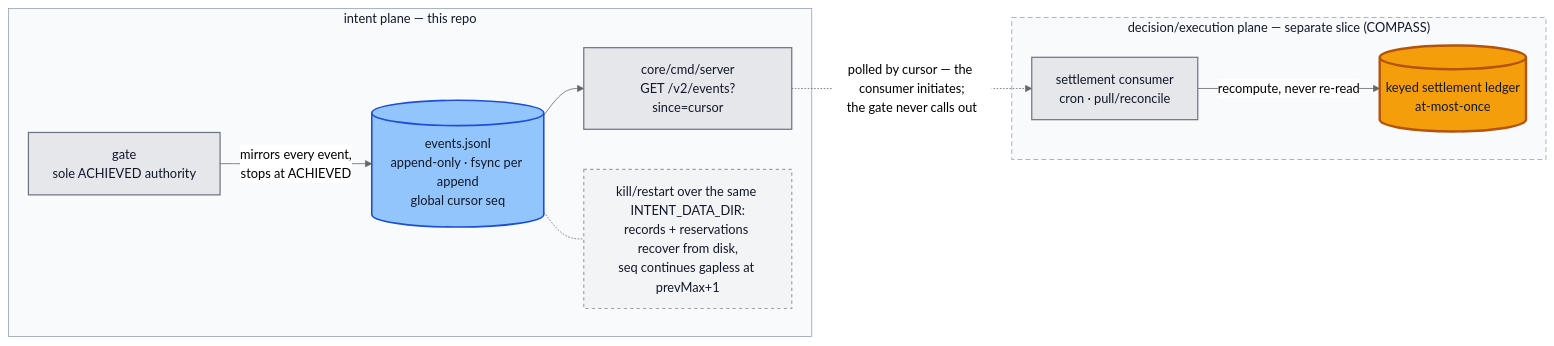
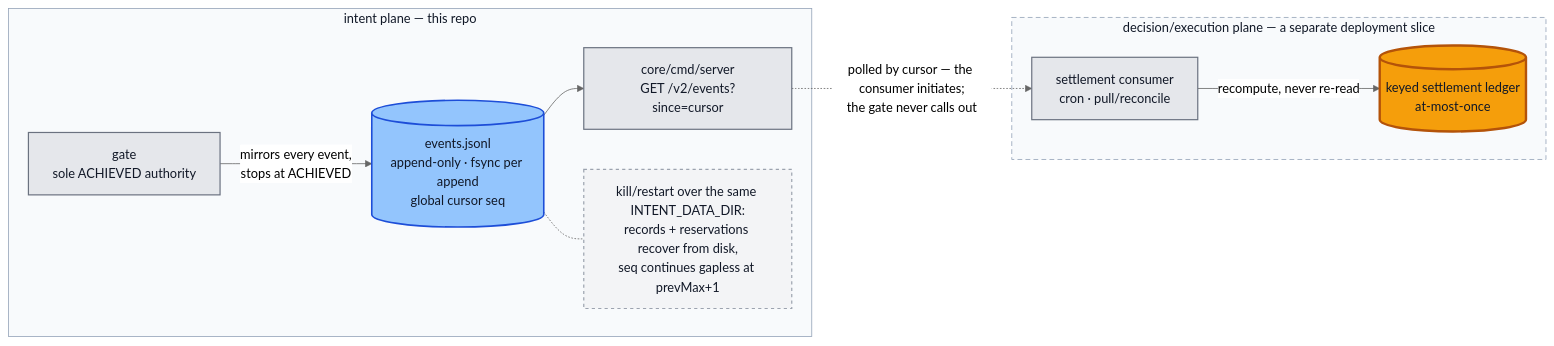
One commit to hossainpazooki/intent-plane changed the third of 3 diagrams in docs/architecture.md. Above: the diagram before and after it, drawn with Mermaid (neutral theme). The commit also changed other lines of this file and 3 other files, not shown here.

````diff
--- a/docs/architecture.md
+++ b/docs/architecture.md
@@ -114,23 +114,23 @@
 ```mermaid
 flowchart LR
     subgraph TIC["intent plane — this repo"]
         G["gate<br/>sole ACHIEVED authority"] -->|"mirrors every event,<br/>stops at ACHIEVED"| FEED[("events.jsonl<br/>append-only · fsync per append<br/>global cursor seq")]
         FEED --> API["core/cmd/server<br/>GET /v2/events?since=cursor"]
         FEED -.- NOTE["kill/restart over the same INTENT_DATA_DIR:<br/>records + reservations recover from disk,<br/>seq continues gapless at prevMax+1"]
     end
-    subgraph EXT["decision/execution plane — separate slice (COMPASS)"]
+    subgraph EXT["decision/execution plane — a separate deployment slice"]
         C["settlement consumer<br/>cron · pull/reconcile"] -->|recompute, never re-read| LED[("keyed settlement ledger<br/>at-most-once")]
     end
     API -.->|"polled by cursor — the consumer initiates;<br/>the gate never calls out"| C
 
     classDef neutral fill:#e5e7eb,stroke:#6b7280,stroke-width:1.5px,color:#111827;
     classDef durable fill:#93c5fd,stroke:#1d4ed8,stroke-width:2px,color:#111827;
     classDef idem fill:#f59e0b,stroke:#b45309,stroke-width:3px,color:#111827;
     classDef note fill:#f3f4f6,stroke:#9ca3af,stroke-width:1.5px,stroke-dasharray:4 4,color:#111827;
     class G,API,C neutral;
     class FEED durable;
     class LED idem;
     class NOTE note;
     style TIC fill:#f8fafc,stroke:#94a3b8,color:#111827;
     style EXT fill:#f8fafc,stroke:#94a3b8,stroke-dasharray:6 4,color:#111827;
 ```
````
